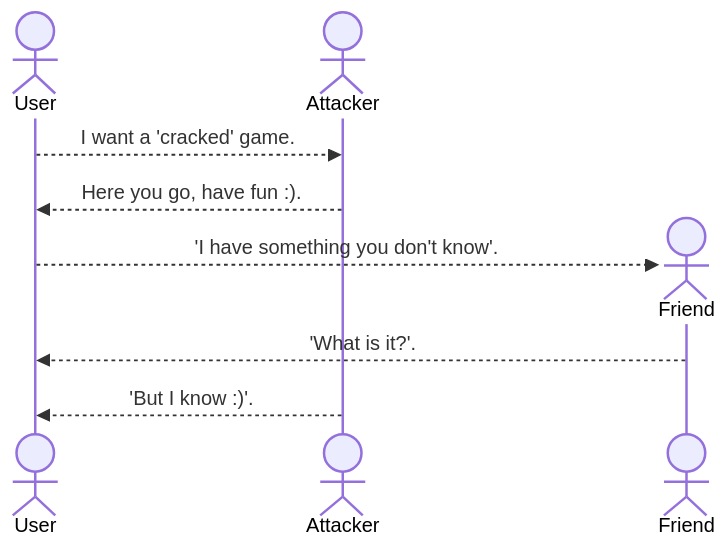
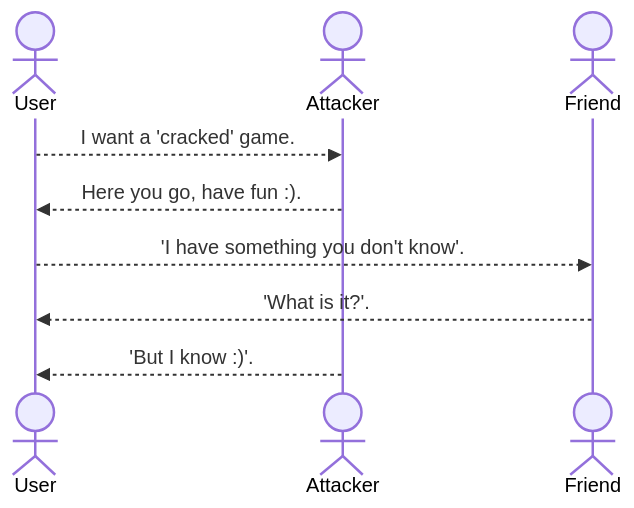
The second of 3 diagrams in IT-IS-NOT-SAFE.md (r1anl3/some-stoodpid-thing), drawn with Mermaid before and after one commit.

````diff
--- a/IT-IS-NOT-SAFE.md
+++ b/IT-IS-NOT-SAFE.md
@@ -15,11 +15,11 @@
     ```mermaid
     sequenceDiagram
         actor User
         actor Attacker
+        actor Friend
         User-->>Attacker: I want a 'cracked' game.
         Attacker-->>User: Here you go, have fun :).
-        create actor Friend
         User-->>Friend: 'I have something you don't know'.
         Friend-->>User: 'What is it?'.
         Attacker-->>User: 'But I know :)'.
     ```
````
